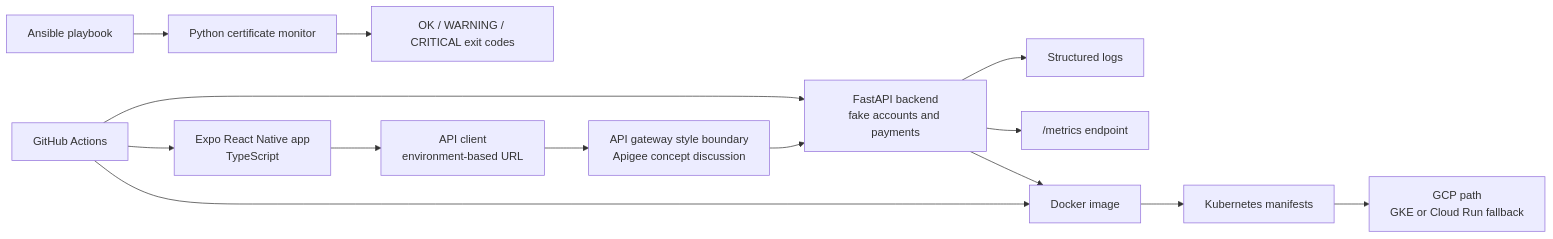
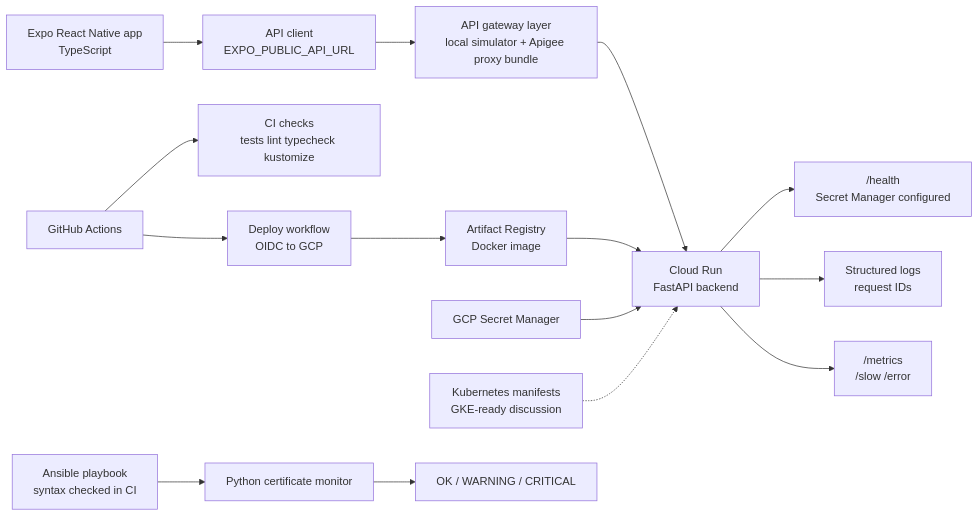
Before and after one commit to HarishDarko/mobile-platform-reliability-lab: the diagram in README.md, drawn with Mermaid. The commit also changed other lines of this file, not shown here.

Commit message:
Improve public project overview

````diff
--- a/README.md
+++ b/README.md
@@ -15,16 +27,17 @@
 ```mermaid
 flowchart LR
-    Mobile["Expo React Native app<br/>TypeScript"] --> ApiClient["API client<br/>environment-based URL"]
-    ApiClient --> Gateway["API gateway style boundary<br/>Apigee concept discussion"]
-    Gateway --> Backend["FastAPI backend<br/>fake accounts and payments"]
-    Backend --> Logs["Structured logs"]
-    Backend --> Metrics["/metrics endpoint"]
-    Backend --> Docker["Docker image"]
-    Docker --> K8s["Kubernetes manifests"]
-    K8s --> GCP["GCP path<br/>GKE or Cloud Run fallback"]
-    Certs["Python certificate monitor"] --> Alerts["OK / WARNING / CRITICAL exit codes"]
-    Ansible["Ansible playbook"] --> Certs
-    CI["GitHub Actions"] --> Backend
-    CI --> Mobile
-    CI --> Docker
+    Mobile["Expo React Native app<br/>TypeScript"] --> ApiClient["API client<br/>EXPO_PUBLIC_API_URL"]
+    ApiClient --> Gateway["API gateway layer<br/>local simulator + Apigee proxy bundle"]
+    Gateway --> CloudRun["Cloud Run<br/>FastAPI backend"]
+    CloudRun --> Health["/health<br/>Secret Manager configured"]
+    CloudRun --> Logs["Structured logs<br/>request IDs"]
+    CloudRun --> Metrics["/metrics<br/>/slow /error"]
+    Actions["GitHub Actions"] --> Checks["CI checks<br/>tests lint typecheck kustomize"]
+    Actions --> Deploy["Deploy workflow<br/>OIDC to GCP"]
+    Deploy --> Registry["Artifact Registry<br/>Docker image"]
+    Registry --> CloudRun
+    SecretManager["GCP Secret Manager"] --> CloudRun
+    K8s["Kubernetes manifests<br/>GKE-ready discussion"] -.-> CloudRun
+    Ansible["Ansible playbook<br/>syntax checked in CI"] --> Certs["Python certificate monitor"]
+    Certs --> Alerts["OK / WARNING / CRITICAL"]
 ```
````
